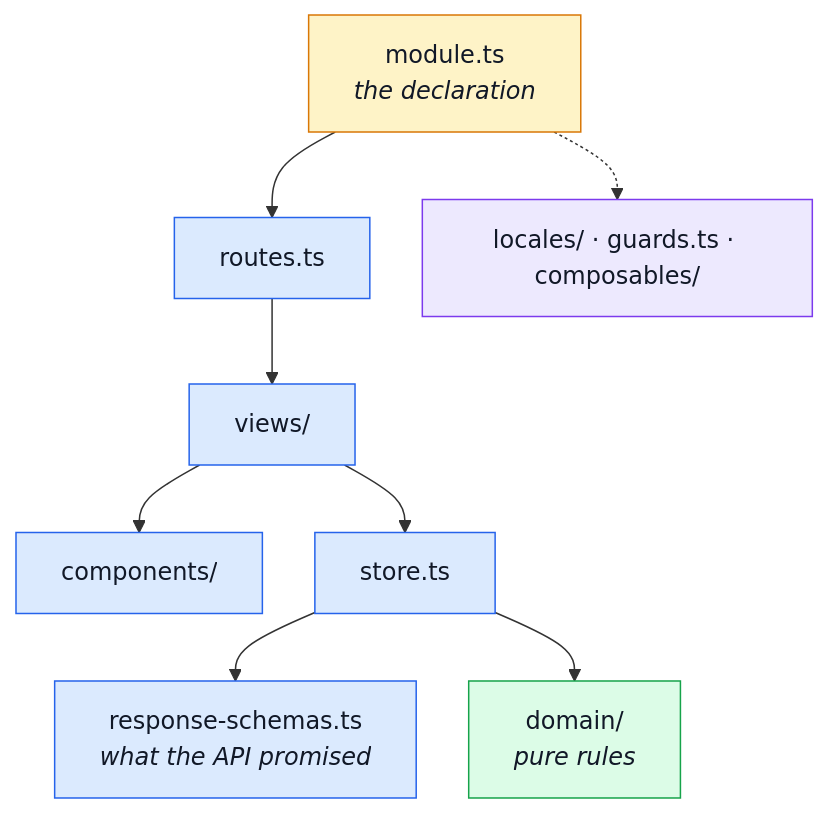
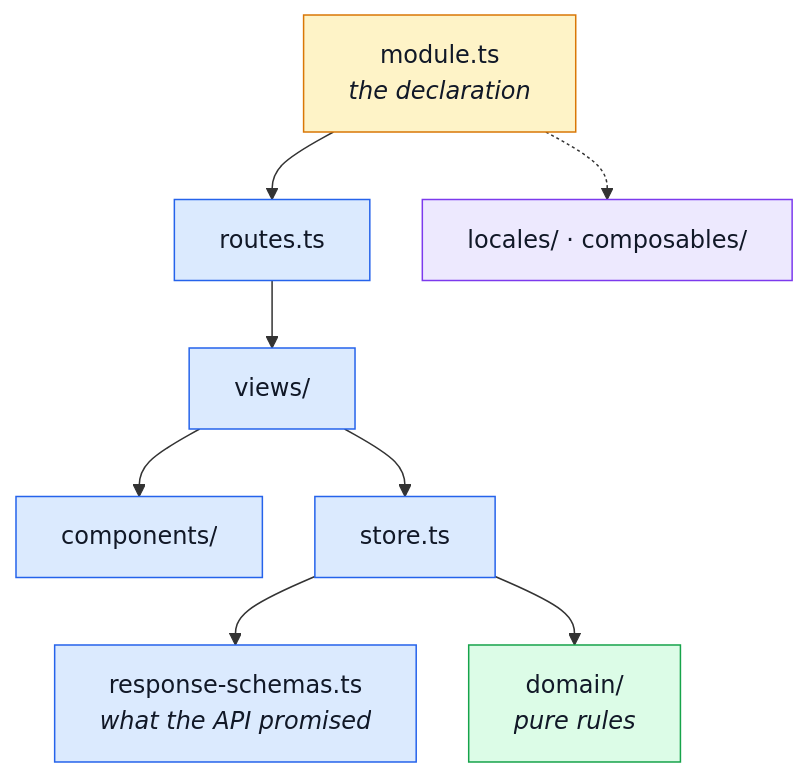
One commit to Guebbit/boilerplate-vue-frontend changed the diagram in docs/reference/src-modules.md. Above: the diagram before and after it, drawn with Mermaid. The commit also changed other lines of this file and 10 other files, not shown here.

````diff
--- a/docs/reference/src-modules.md
+++ b/docs/reference/src-modules.md
@@ -26,20 +26,20 @@
 ```mermaid
 %%{init: {'flowchart': {'nodeSpacing': 35, 'rankSpacing': 45}}}%%
 flowchart TD
     Manifest["module.ts<br/><i>the declaration</i>"] --> Routes["routes.ts"]
     Routes --> Views["views/"]
     Views --> Components["components/"]
     Views --> Store["store.ts"]
     Store --> Schemas["response-schemas.ts<br/><i>what the API promised</i>"]
     Store --> Domain["domain/<br/><i>pure rules</i>"]
-    Manifest -.-> Side["locales/ · guards.ts · composables/"]
+    Manifest -.-> Side["locales/ · composables/"]
 
     classDef dec fill:#fef3c7,stroke:#d97706,color:#111827;
     classDef layer fill:#dbeafe,stroke:#2563eb,color:#111827;
     classDef pure fill:#dcfce7,stroke:#16a34a,color:#111827;
     classDef side fill:#ede9fe,stroke:#7c3aed,color:#111827;
     class Manifest dec;
     class Routes,Views,Components,Store,Schemas layer;
     class Domain pure;
     class Side side;
 ```
````
